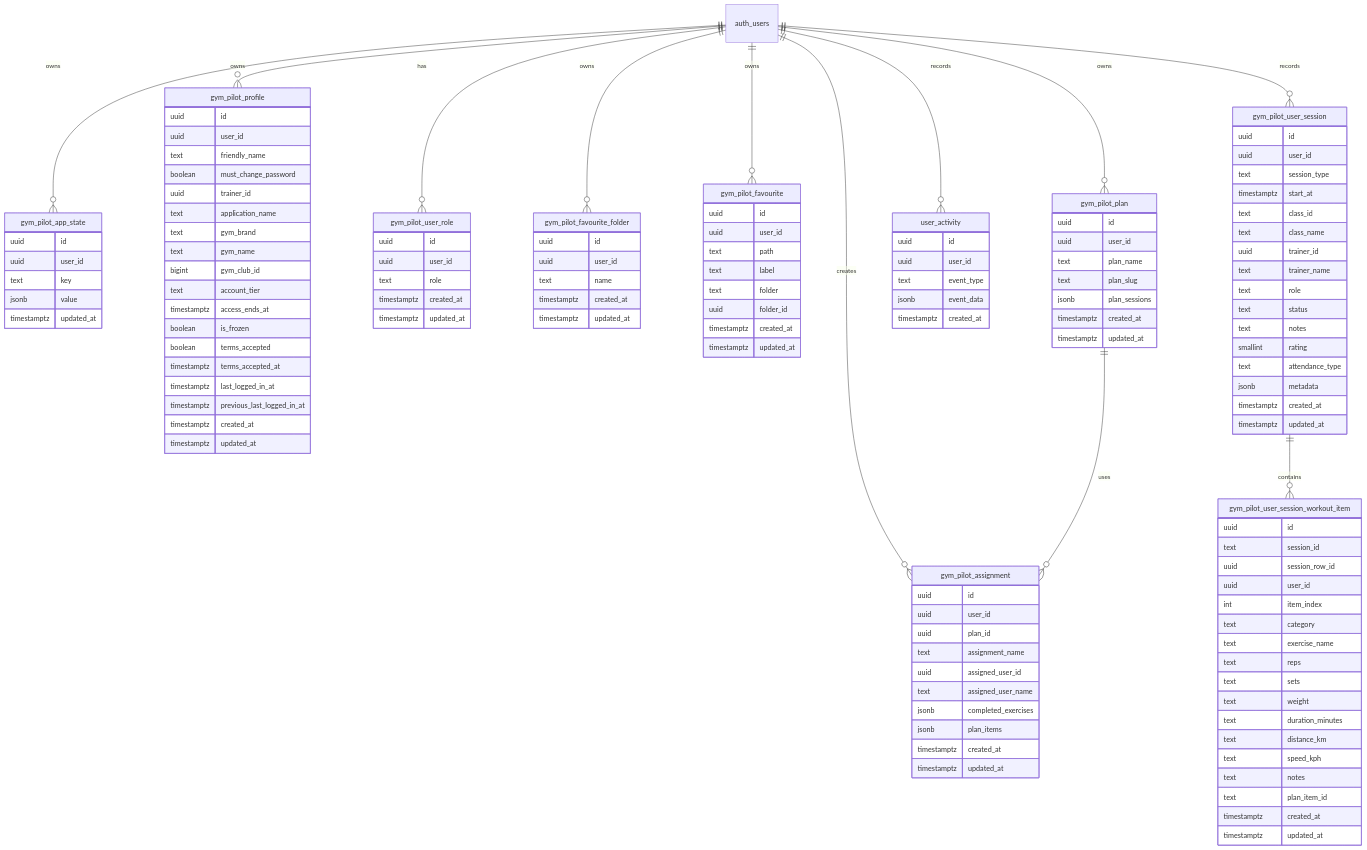
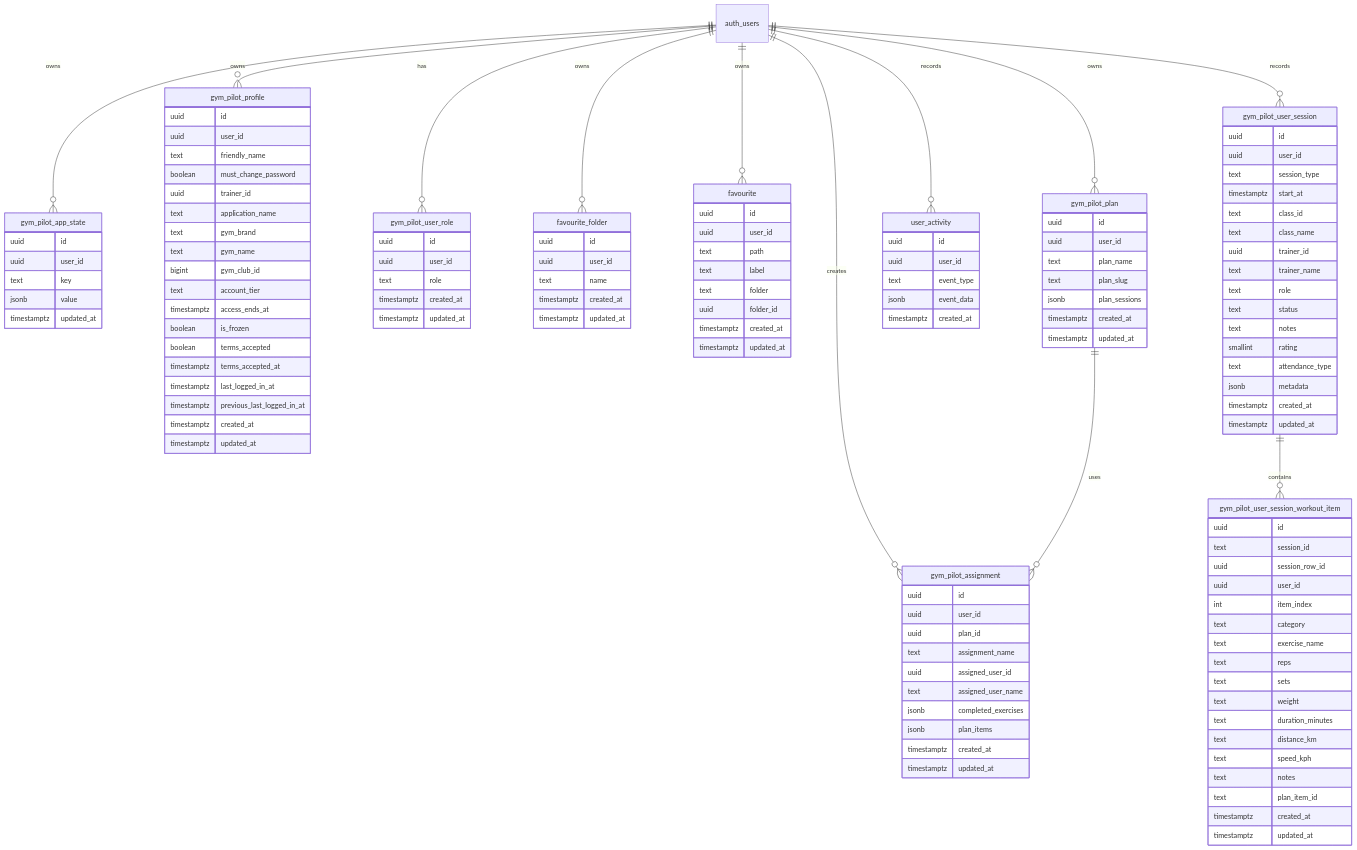
Before and after one commit to asudbury/gym-pilot: the diagram in docs/data-schema.md, drawn with Mermaid. The commit also changed other lines of this file and 5 other files, not shown here.

```diff
--- a/docs/data-schema.md
+++ b/docs/data-schema.md
@@ -219,8 +219,8 @@
     auth_users ||--o{ gym_pilot_app_state : owns
     auth_users ||--o{ gym_pilot_profile : owns
     auth_users ||--o{ gym_pilot_user_role : has
-    auth_users ||--o{ gym_pilot_favourite_folder : owns
-    auth_users ||--o{ gym_pilot_favourite : owns
+    auth_users ||--o{ favourite_folder : owns
+    auth_users ||--o{ favourite : owns
     auth_users ||--o{ gym_pilot_plan : owns
     auth_users ||--o{ gym_pilot_assignment : creates
     auth_users ||--o{ user_activity : records
@@ -265,7 +265,7 @@
         timestamptz updated_at
     }
 
-    gym_pilot_favourite_folder {
+    favourite_folder {
         uuid id
         uuid user_id
         text name
@@ -273,7 +273,7 @@
         timestamptz updated_at
     }
 
-    gym_pilot_favourite {
+    favourite {
         uuid id
         uuid user_id
         text path
```
